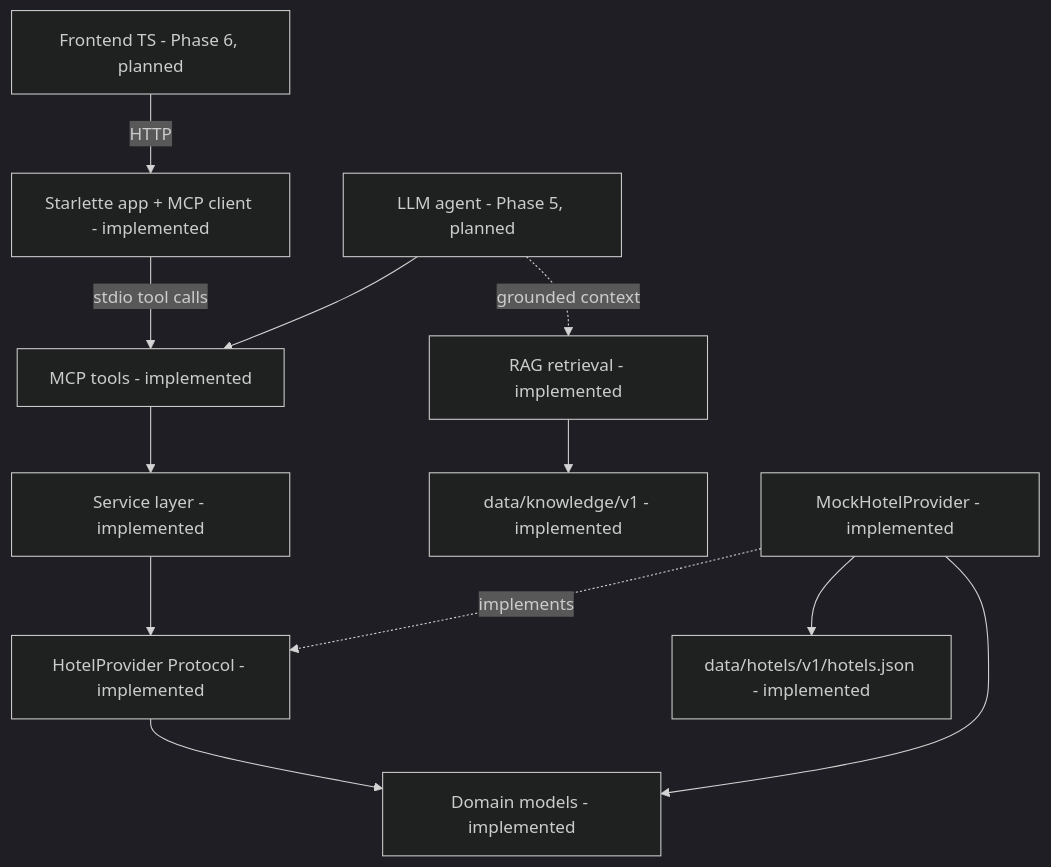
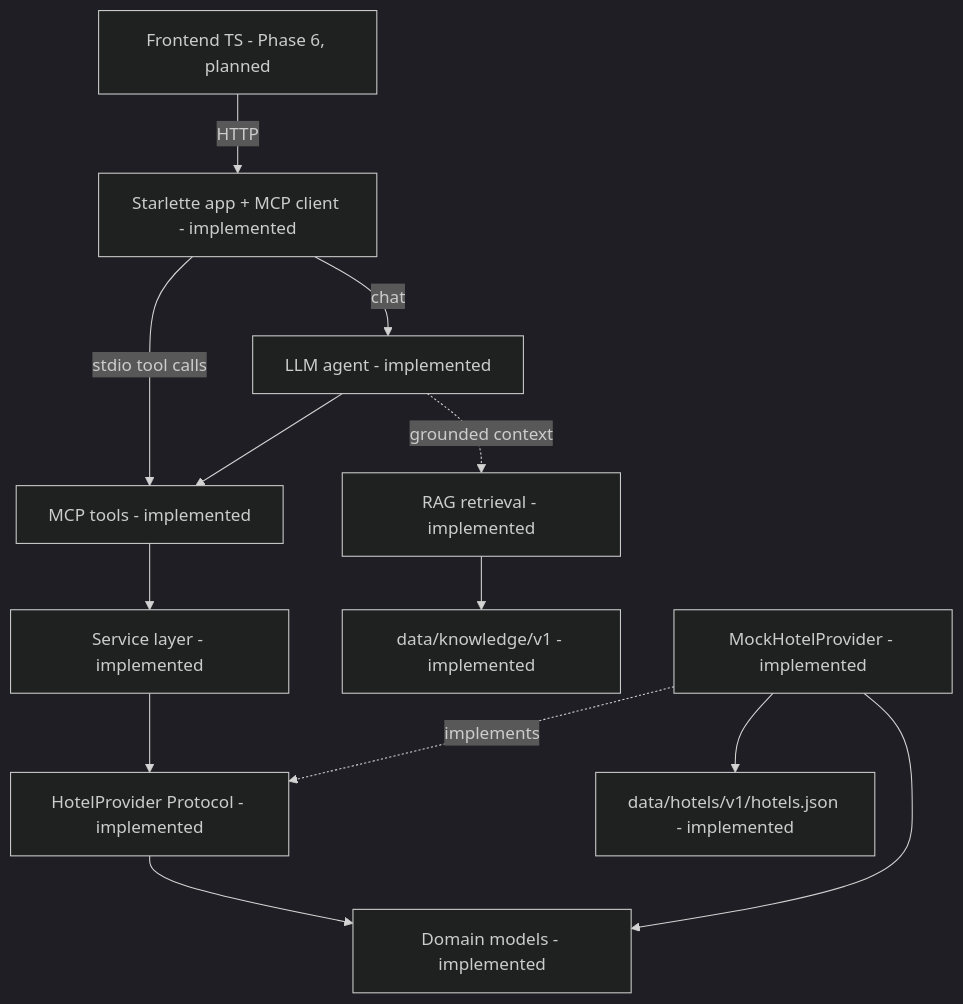
The diagram in docs/ARCHITECTURE.md (aklid01/staysmart-ai), drawn with Mermaid (dark theme) before and after one commit. The commit also changed other lines of this file and 5 other files, not shown here.

Commit message:
docs: document phase 5 agent workflow and chat contract

````diff
--- a/docs/ARCHITECTURE.md
+++ b/docs/ARCHITECTURE.md
@@ -21,14 +21,15 @@
 ```mermaid
 flowchart TD
   FE["Frontend TS - Phase 6, planned"] -->|HTTP| APP["Starlette app + MCP client - implemented"]
   APP -->|"stdio tool calls"| TOOLS["MCP tools - implemented"]
-  AGENT["LLM agent - Phase 5, planned"] --> TOOLS
+  APP -->|"chat"| AGENT["LLM agent - implemented"]
+  AGENT --> TOOLS
   AGENT -.->|"grounded context"| RAG["RAG retrieval - implemented"]
   RAG --> CORPUS["data/knowledge/v1 - implemented"]
   TOOLS --> SVC["Service layer - implemented"]
   SVC --> PROTO["HotelProvider Protocol - implemented"]
   MOCK["MockHotelProvider - implemented"] -.->|implements| PROTO
   MOCK --> DATA["data/hotels/v1/hotels.json - implemented"]
   PROTO --> MODELS["Domain models - implemented"]
   MOCK --> MODELS
 ```
````
